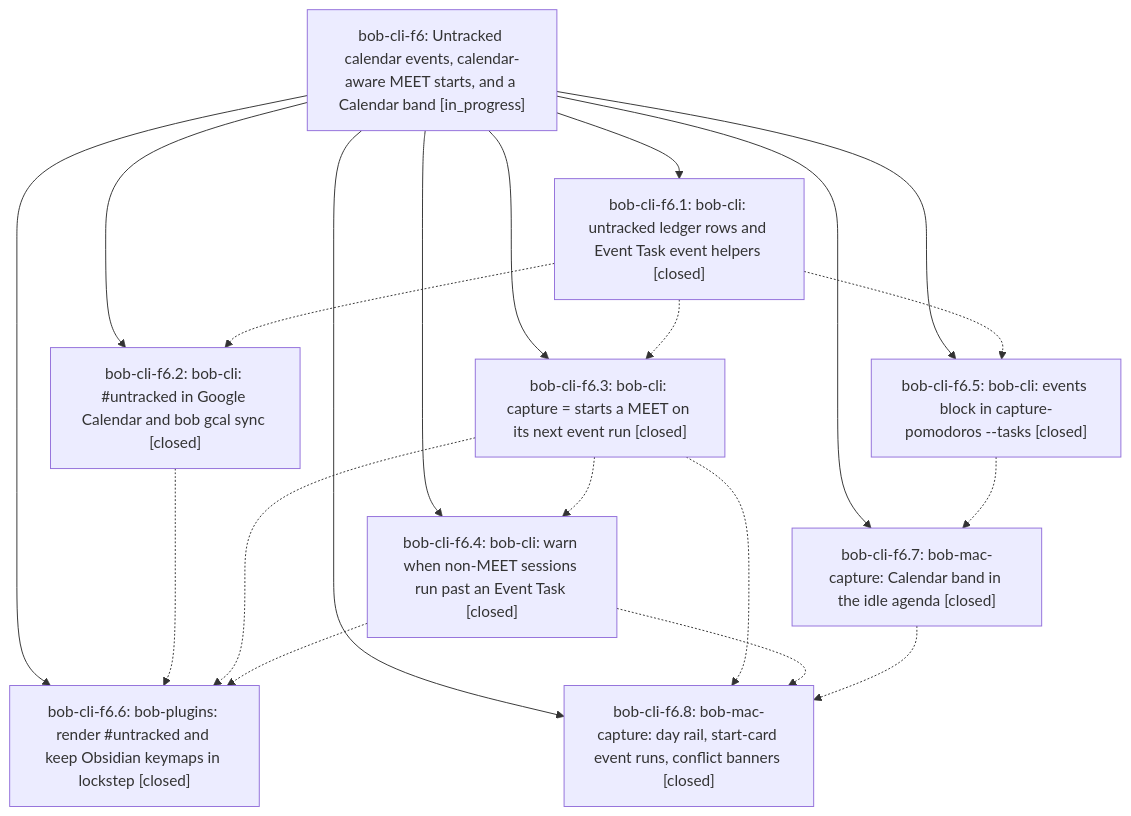
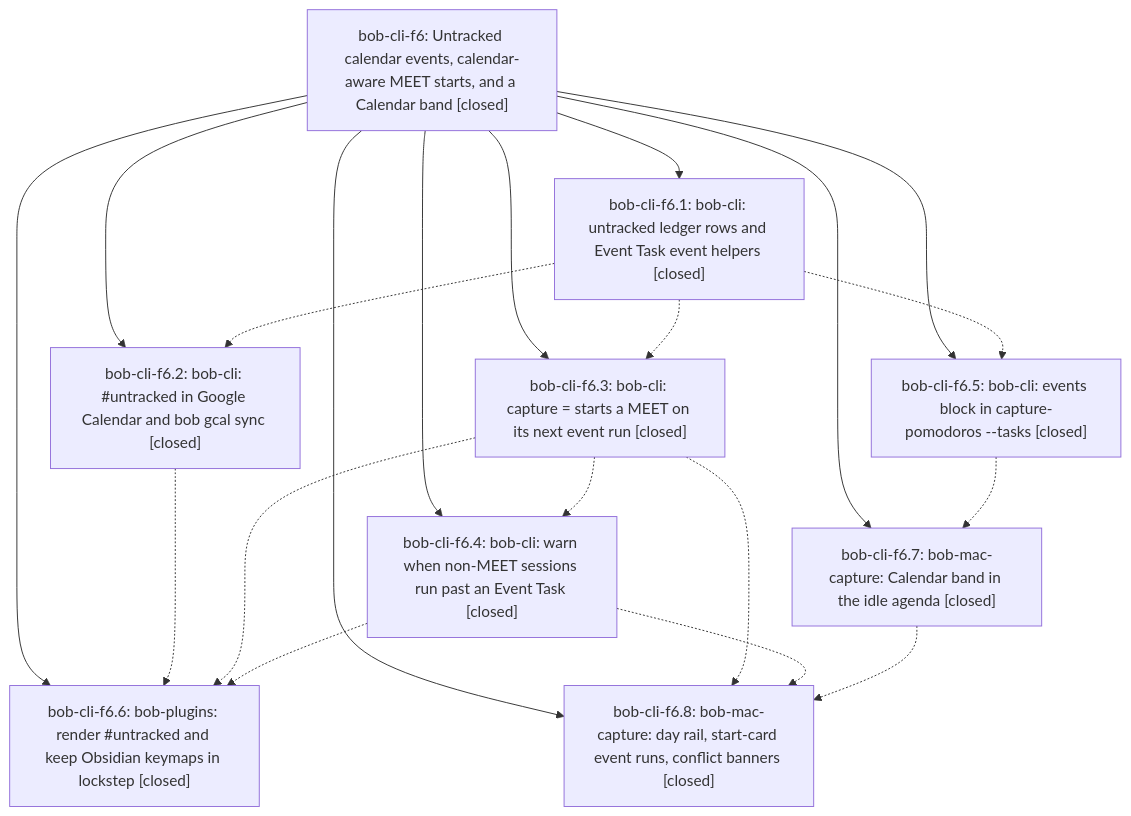
The diagram in pages/bob-cli-f6/README.md (bobs-org/bob-cli--beads), drawn with Mermaid before and after one commit. The commit also changed other lines of this file and 2 other files, not shown here.

First line of the commit message:
chore(beads): sync bead state and pages for bob-cli-f6

````diff
--- a/pages/bob-cli-f6/README.md
+++ b/pages/bob-cli-f6/README.md
@@ -43,31 +49,31 @@
 ```mermaid
 flowchart TD
-    n0["bob-cli-f6: Untracked calendar events, calendar-aware MEET starts, and a Calendar band [in_progress]"]
+    n0["bob-cli-f6: Untracked calendar events, calendar-aware MEET starts, and a Calendar band [closed]"]
     n1["bob-cli-f6.1: bob-cli: untracked ledger rows and Event Task event helpers [closed]"]
     n2["bob-cli-f6.2: bob-cli: #untracked in Google Calendar and bob gcal sync [closed]"]
     n3["bob-cli-f6.3: bob-cli: capture = starts a MEET on its next event run [closed]"]
     n4["bob-cli-f6.4: bob-cli: warn when non-MEET sessions run past an Event Task [closed]"]
     n5["bob-cli-f6.5: bob-cli: events block in capture-pomodoros --tasks [closed]"]
     n6["bob-cli-f6.6: bob-plugins: render #untracked and keep Obsidian keymaps in lockstep [closed]"]
     n7["bob-cli-f6.7: bob-mac-capture: Calendar band in the idle agenda [closed]"]
     n8["bob-cli-f6.8: bob-mac-capture: day rail, start-card event runs, conflict banners [closed]"]
     n0 --> n1
     n0 --> n2
     n0 --> n3
     n0 --> n4
     n0 --> n5
     n0 --> n6
     n0 --> n7
     n0 --> n8
     n1 -.-> n2
     n1 -.-> n3
     n1 -.-> n5
     n2 -.-> n6
     n3 -.-> n4
     n3 -.-> n6
     n3 -.-> n8
     n4 -.-> n6
     n4 -.-> n8
     n5 -.-> n7
     n7 -.-> n8
 ```
````
